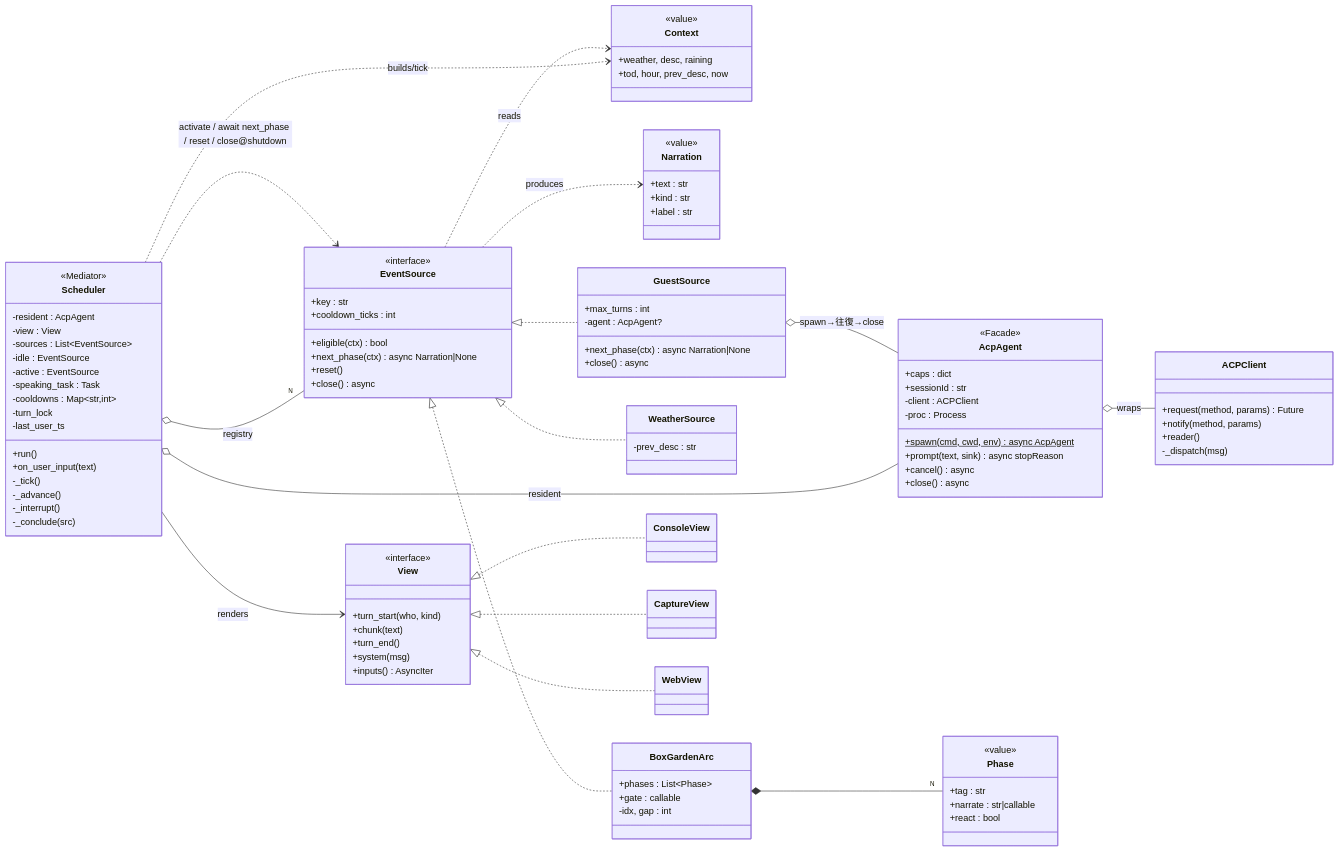
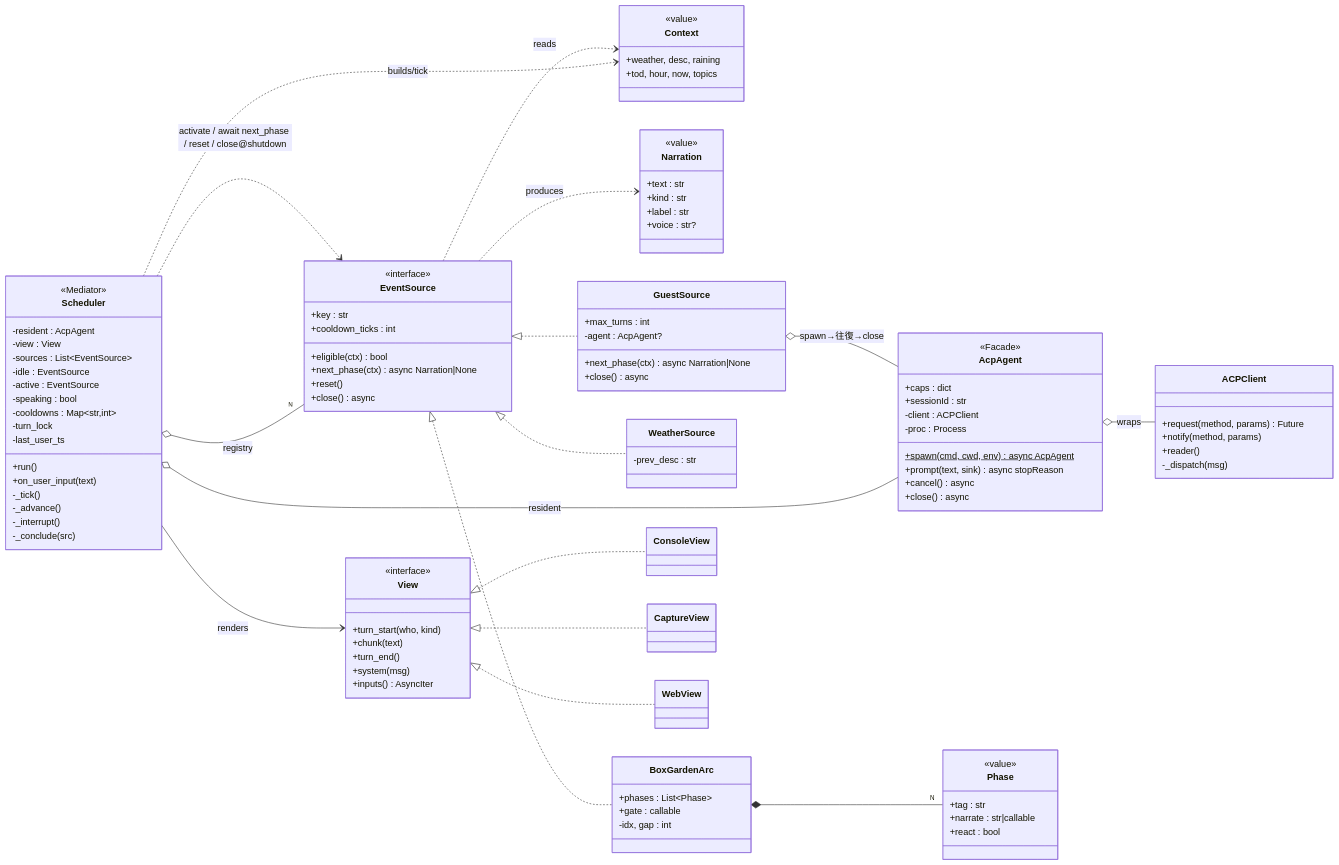
Before and after one commit to NiteC-a11y/Engawa: the diagram in adr/0013-event-source-scheduler-architecture.md, drawn with Mermaid. The commit also changed other lines of this file and 17 other files, not shown here.

```diff
--- a/adr/0013-event-source-scheduler-architecture.md
+++ b/adr/0013-event-source-scheduler-architecture.md
@@ -75,13 +75,14 @@
     class Context {
         <<value>>
         +weather, desc, raining
-        +tod, hour, prev_desc, now
+        +tod, hour, now, topics
     }
     class Narration {
         <<value>>
         +text : str
         +kind : str
         +label : str
+        +voice : str?
     }
     class Phase {
         <<value>>
@@ -119,7 +120,7 @@
         -sources : List~EventSource~
         -idle : EventSource
         -active : EventSource
-        -speaking_task : Task
+        -speaking : bool
         -cooldowns : Map~str,int~
         -turn_lock
         -last_user_ts
```
